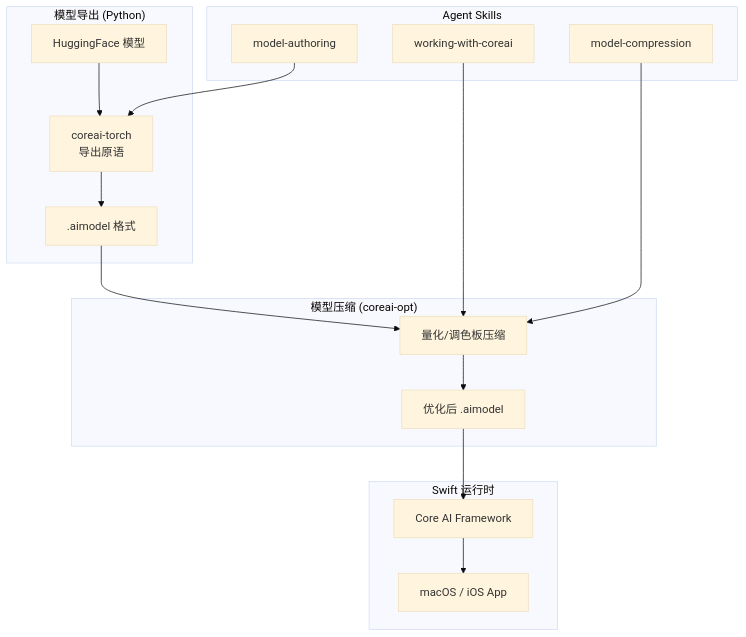
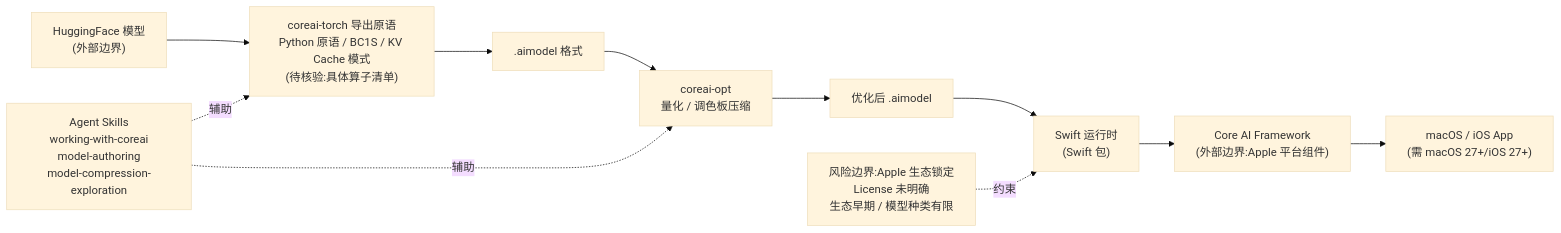
One commit to aiutil/github-researcher changed the diagram in projects/coreai-models.md. Above: the diagram before and after it, drawn with Mermaid (base theme). The commit also changed other lines of this file and 939 other files, not shown here.

Commit message:
feat: add architect briefs and Mermaid project maps

````diff
--- a/projects/coreai-models.md
+++ b/projects/coreai-models.md
@@ -45,23 +58,13 @@
 ```mermaid
-flowchart TB
-    subgraph 导出层["模型导出 (Python)"]
-        A[HuggingFace 模型] --> B[coreai-torch<br/>导出原语]
-        B --> C[.aimodel 格式]
-    end
-    
-    subgraph 优化层["模型压缩 (coreai-opt)"]
-        C --> D[量化/调色板压缩]
-        D --> E[优化后 .aimodel]
-    end
-    
-    subgraph 运行时层["Swift 运行时"]
-        E --> F[Core AI Framework]
-        F --> G[macOS / iOS App]
-    end
-    
-    subgraph 开发者工具["Agent Skills"]
-        H[working-with-coreai] --> D
-        I[model-authoring] --> B
-        J[model-compression] --> D
-    end
+flowchart LR
+    HF["HuggingFace 模型<br/>(外部边界)"] --> Torch["coreai-torch 导出原语<br/>Python 原语 / BC1S / KV Cache 模式<br/>(待核验:具体算子清单)"]
+    Torch --> AIModel[".aimodel 格式"]
+    AIModel --> Opt["coreai-opt<br/>量化 / 调色板压缩"]
+    Opt --> AIModel2["优化后 .aimodel"]
+    AIModel2 --> Runtime["Swift 运行时<br/>(Swift 包)"]
+    Runtime --> CoreAI["Core AI Framework<br/>(外部边界:Apple 平台组件)"]
+    CoreAI --> App["macOS / iOS App<br/>(需 macOS 27+/iOS 27+)"]
+    Skills["Agent Skills<br/>working-with-coreai<br/>model-authoring<br/>model-compression-exploration"] -.辅助.-> Torch
+    Skills -.辅助.-> Opt
+    Risk["风险边界:Apple 生态锁定<br/>License 未明确<br/>生态早期 / 模型种类有限"] -.约束.-> Runtime
 ```
````
